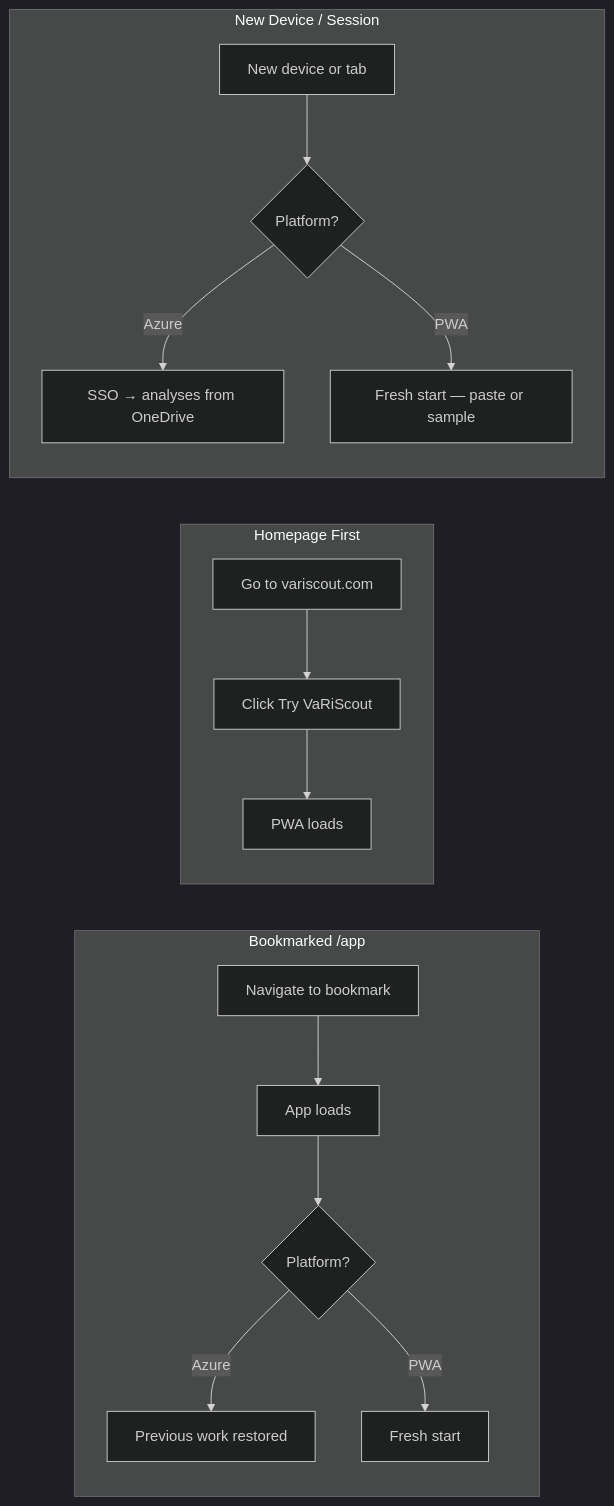
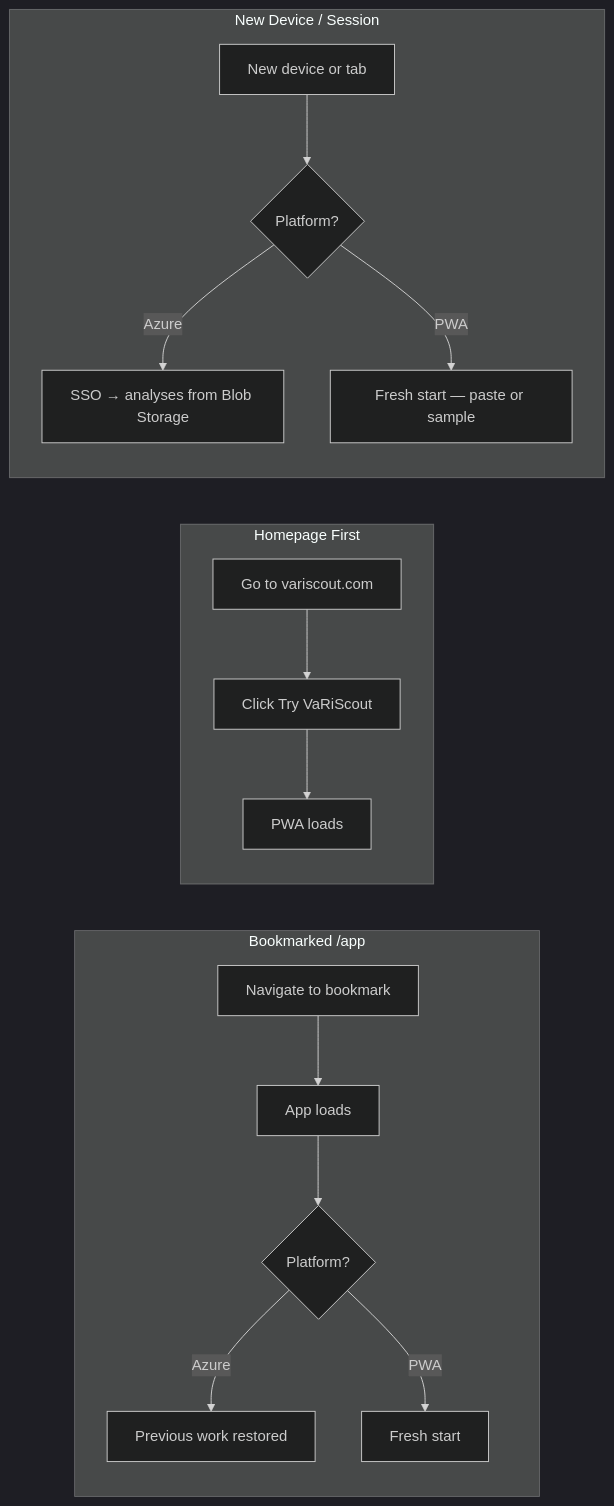
One commit to jukka-matti/variscout changed the second of 3 diagrams in docs/02-journeys/flows/return-visitor.md. Above: the diagram before and after it, drawn with Mermaid (dark theme). The commit also changed other lines of this file and 34 other files, not shown here.

First line of the commit message:
docs(wedge): batch C — SharePoint/OneDrive deferral markers

````diff
--- a/docs/02-journeys/flows/return-visitor.md
+++ b/docs/02-journeys/flows/return-visitor.md
@@ -66,19 +66,19 @@
 ```mermaid
 flowchart LR
     subgraph Scenario A [Bookmarked /app]
         A1[Navigate to bookmark] --> A2[App loads]
         A2 --> A3{Platform?}
         A3 -->|Azure| A4[Previous work restored]
         A3 -->|PWA| A5[Fresh start]
     end
 
     subgraph Scenario B [Homepage First]
         B1[Go to variscout.com] --> B2[Click Try VaRiScout] --> B3[PWA loads]
     end
 
     subgraph Scenario C [New Device / Session]
         C1[New device or tab] --> C2{Platform?}
-        C2 -->|Azure| C3[SSO → analyses from OneDrive]
+        C2 -->|Azure| C3[SSO → analyses from Blob Storage]
         C2 -->|PWA| C4[Fresh start — paste or sample]
     end
 ```
````
